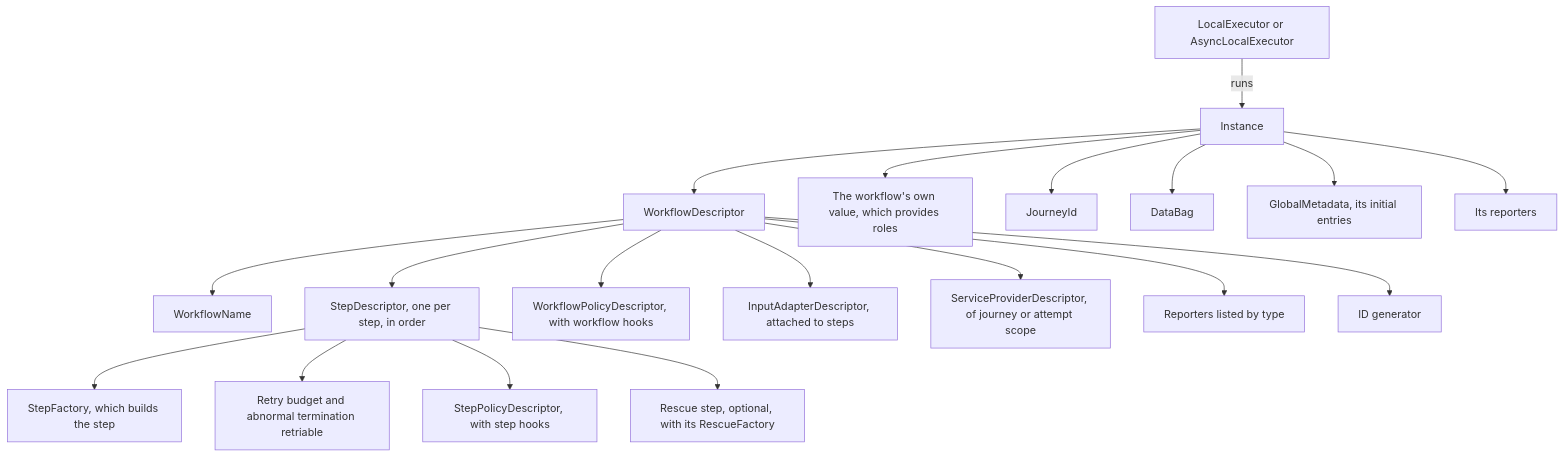
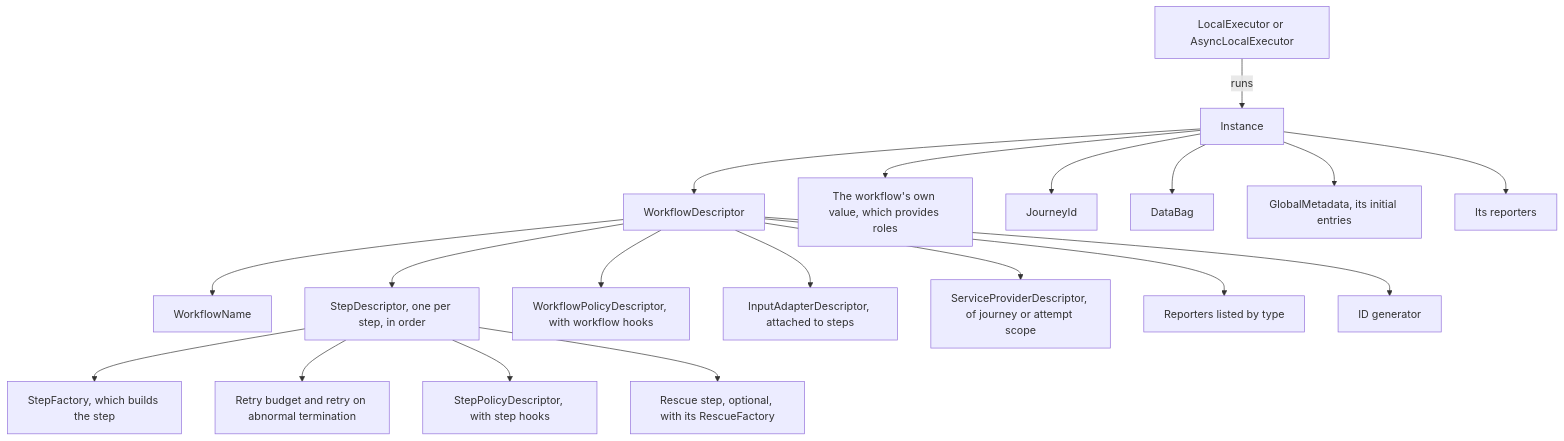
One commit to itinera-dev/itinera-rs changed the second of 14 diagrams in docs/architecture.md. Above: the diagram before and after it, drawn with Mermaid. The commit also changed other lines of this file and 75 other files, not shown here.

````diff
--- a/docs/architecture.md
+++ b/docs/architecture.md
@@ -57,23 +57,23 @@
 ```mermaid
 flowchart TD
     accTitle: What a workflow descriptor holds
-    accDescr: A workflow descriptor holds its name, its step descriptors in order, its workflow policies, its input adapters, its service providers, its reporters and its ID generator. A step descriptor holds a factory, a retry budget, whether an abnormal termination is retriable, its step policies and an optional rescue step. An instance holds the descriptor, the workflow's own value, a journey ID, the data bag, its initial global metadata and the reporters, and an executor runs it.
+    accDescr: A workflow descriptor holds its name, its step descriptors in order, its workflow policies, its input adapters, its service providers, its reporters and its ID generator. A step descriptor holds a factory, a retry budget, whether it retries an abnormal termination, its step policies and an optional rescue step. An instance holds the descriptor, the workflow's own value, a journey ID, the data bag, its initial global metadata and the reporters, and an executor runs it.
     descriptor["WorkflowDescriptor"] --> name["WorkflowName"]
     descriptor --> steps["StepDescriptor, one per step, in order"]
     descriptor --> wpolicies["WorkflowPolicyDescriptor, with workflow hooks"]
     descriptor --> adapters["InputAdapterDescriptor, attached to steps"]
     descriptor --> providers["ServiceProviderDescriptor, of journey or attempt scope"]
     descriptor --> reporters["Reporters listed by type"]
     descriptor --> generator["ID generator"]
     steps --> factory["StepFactory, which builds the step"]
-    steps --> budget["Retry budget and abnormal termination retriable"]
+    steps --> budget["Retry budget and retry on abnormal termination"]
     steps --> spolicies["StepPolicyDescriptor, with step hooks"]
     steps --> rescue["Rescue step, optional, with its RescueFactory"]
     instance["Instance"] --> descriptor
     instance --> workflow["The workflow's own value, which provides roles"]
     instance --> id["JourneyId"]
     instance --> bag["DataBag"]
     instance --> metadata["GlobalMetadata, its initial entries"]
     instance --> ireporters["Its reporters"]
     executor["LocalExecutor or AsyncLocalExecutor"] -->|"runs"| instance
 ```
````
